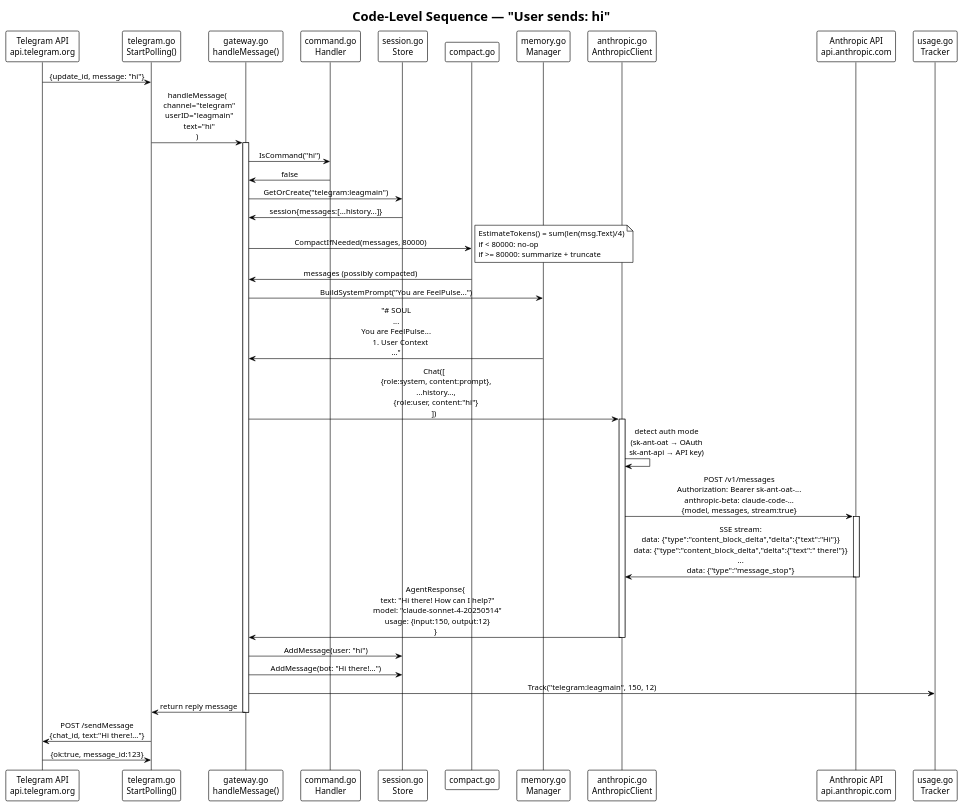
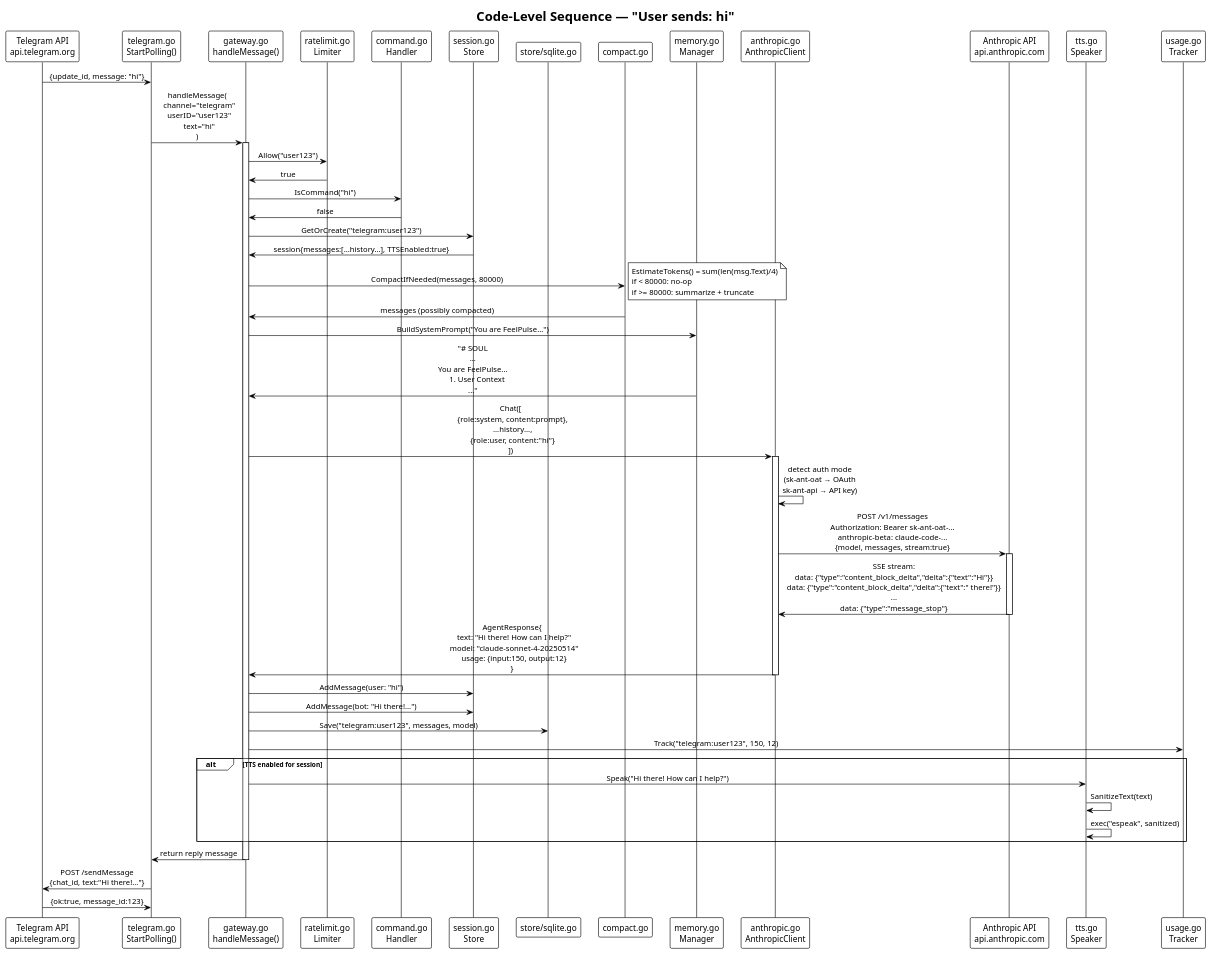
The seventh of 8 diagrams in docs/c4-architecture.md (FeelPulse/feelpulse), drawn with PlantUML before and after one commit. The commit also changed other lines of this file and 3 other files, not shown here.

First line of the commit message:
docs: comprehensive README, TODO, and architecture updates

````diff
--- a/docs/c4-architecture.md
+++ b/docs/c4-architecture.md
@@ -288,62 +385,75 @@
 ```plantuml
 @startuml c4-sequence
 !theme plain
 skinparam backgroundColor #FFFFFF
 skinparam defaultFontName monospace
 skinparam sequenceMessageAlign center
 
 title Code-Level Sequence — "User sends: hi"
 
 participant "Telegram API\napi.telegram.org" as TG
 participant "telegram.go\nStartPolling()" as BOT
 participant "gateway.go\nhandleMessage()" as GW
+participant "ratelimit.go\nLimiter" as RL
 participant "command.go\nHandler" as CMD
 participant "session.go\nStore" as SESS
+participant "store/sqlite.go" as DB
 participant "compact.go" as COMP
 participant "memory.go\nManager" as MEM
 participant "anthropic.go\nAnthropicClient" as ANT_CLIENT
 participant "Anthropic API\napi.anthropic.com" as ANT
+participant "tts.go\nSpeaker" as TTS
 participant "usage.go\nTracker" as USAGE
 
 TG -> BOT : {update_id, message: "hi"}
-BOT -> GW : handleMessage(\n  channel="telegram"\n  userID="leagmain"\n  text="hi"\n)
+BOT -> GW : handleMessage(\n  channel="telegram"\n  userID="user123"\n  text="hi"\n)
 activate GW
+
+GW -> RL : Allow("user123")
+RL -> GW : true
 
 GW -> CMD : IsCommand("hi")
 CMD -> GW : false
 
-GW -> SESS : GetOrCreate("telegram:leagmain")
-SESS -> GW : session{messages:[...history...]}
+GW -> SESS : GetOrCreate("telegram:user123")
+SESS -> GW : session{messages:[...history...], TTSEnabled:true}
 
 GW -> COMP : CompactIfNeeded(messages, 80000)
 note right: EstimateTokens() = sum(len(msg.Text)/4)\nif < 80000: no-op\nif >= 80000: summarize + truncate
 COMP -> GW : messages (possibly compacted)
 
 GW -> MEM : BuildSystemPrompt("You are FeelPulse...")
 MEM -> GW : "# SOUL\n...\nYou are FeelPulse...\n## User Context\n..."
 
 GW -> ANT_CLIENT : Chat([\n  {role:system, content:prompt},\n  ...history...,\n  {role:user, content:"hi"}\n])
 activate ANT_CLIENT
 
 ANT_CLIENT -> ANT_CLIENT : detect auth mode\n(sk-ant-oat → OAuth\nsk-ant-api → API key)
 
 ANT_CLIENT -> ANT : POST /v1/messages\nAuthorization: Bearer sk-ant-oat-...\nanthropic-beta: claude-code-...\n{model, messages, stream:true}
 activate ANT
 
 ANT -> ANT_CLIENT : SSE stream:\ndata: {"type":"content_block_delta","delta":{"text":"Hi"}}\ndata: {"type":"content_block_delta","delta":{"text":" there!"}}\n...\ndata: {"type":"message_stop"}
 deactivate ANT
 
 ANT_CLIENT -> GW : AgentResponse{\n  text: "Hi there! How can I help?"\n  model: "claude-sonnet-4-20250514"\n  usage: {input:150, output:12}\n}
 deactivate ANT_CLIENT
 
 GW -> SESS : AddMessage(user: "hi")
 GW -> SESS : AddMessage(bot: "Hi there!...")
-GW -> USAGE : Track("telegram:leagmain", 150, 12)
+GW -> DB : Save("telegram:user123", messages, model)
+GW -> USAGE : Track("telegram:user123", 150, 12)
+
+alt TTS enabled for session
+  GW -> TTS : Speak("Hi there! How can I help?")
+  TTS -> TTS : SanitizeText(text)
+  TTS -> TTS : exec("espeak", sanitized)
+end
 
 GW -> BOT : return reply message
 deactivate GW
 
 BOT -> TG : POST /sendMessage\n{chat_id, text:"Hi there!..."}
 TG -> BOT : {ok:true, message_id:123}
 @enduml
 ```
````
